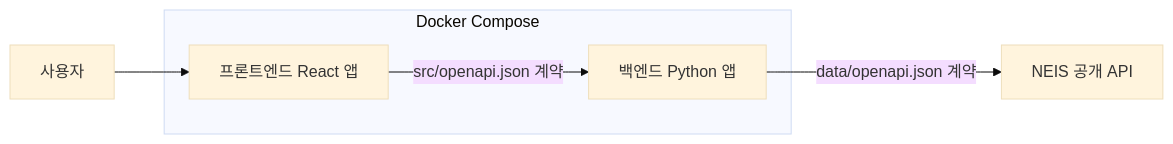
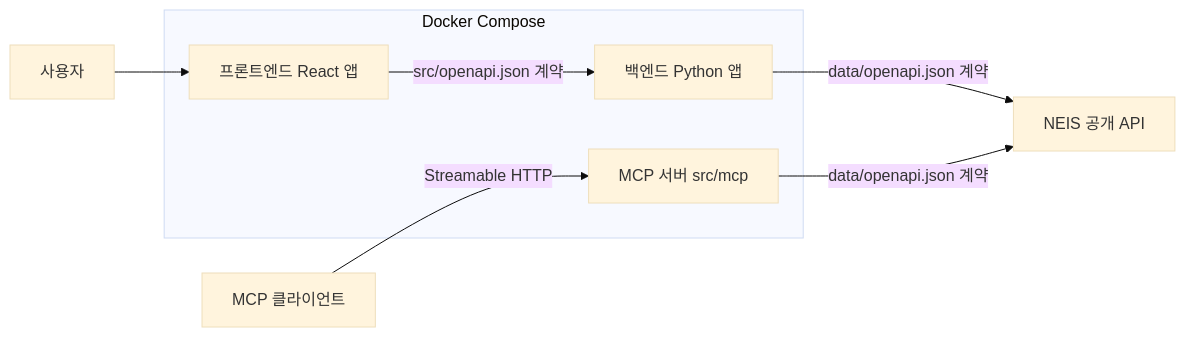
One commit to unisong114/my-school-lunch-app changed the diagram in TRD.md. Above: the diagram before and after it, drawn with Mermaid (base theme). The commit also changed other lines of this file and 1 other file, not shown here.

First line of the commit message:
docs: MCP 서버 요구사항을 PRD/TRD에 반영

````diff
--- a/TRD.md
+++ b/TRD.md
@@ -9,10 +9,13 @@
 ```mermaid
 flowchart LR
     U[사용자] --> FE[프론트엔드 React 앱]
     FE -- src/openapi.json 계약 --> BE[백엔드 Python 앱]
     BE -- data/openapi.json 계약 --> NEIS[NEIS 공개 API]
+    M[MCP 클라이언트] -- Streamable HTTP --> MCP[MCP 서버 src/mcp]
+    MCP -- data/openapi.json 계약 --> NEIS
     subgraph Docker Compose
         FE
         BE
+        MCP
     end
 ```
````
